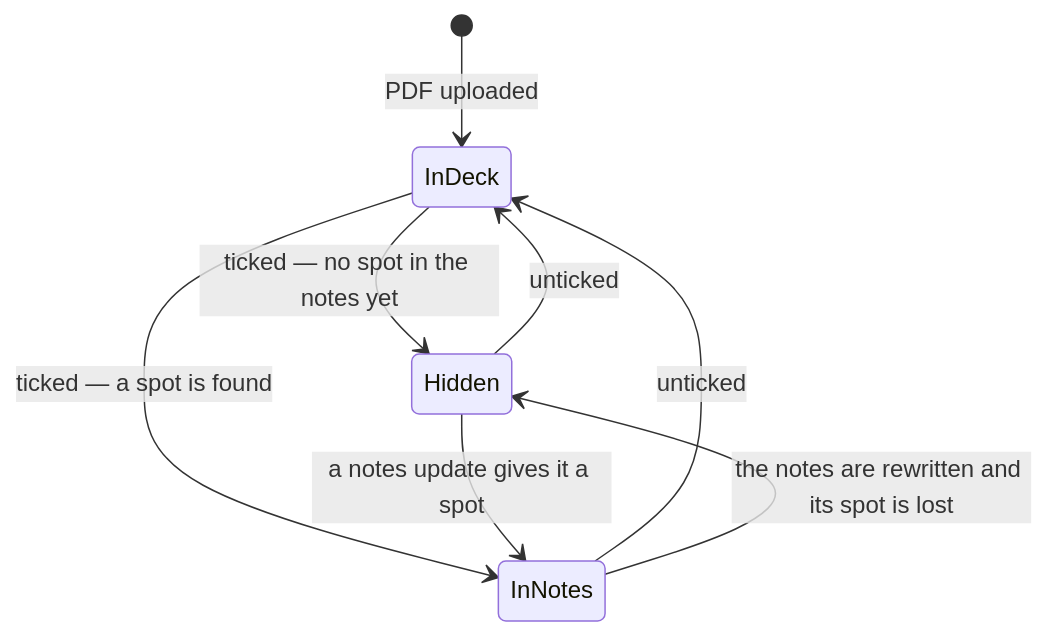
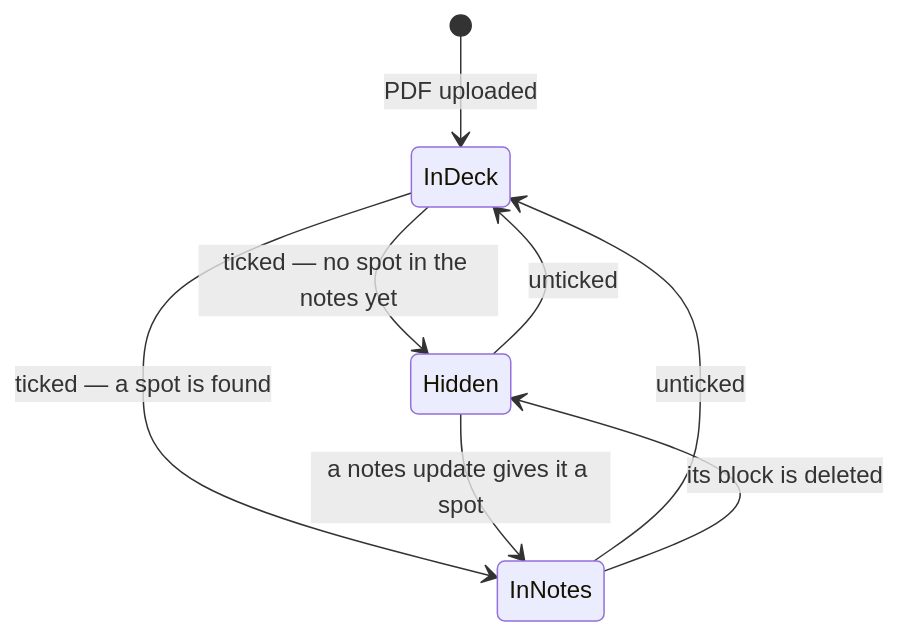
Before and after one commit to karlwehbe/Veda: the second of 3 diagrams in docs/slides/README.md, drawn with Mermaid. The commit also changed other lines of this file, not shown here.

Commit message:
Slides doc: slides now follow a notes block

````diff
--- a/docs/slides/README.md
+++ b/docs/slides/README.md
@@ -63,10 +63,10 @@
 ```mermaid
 stateDiagram-v2
   [*] --> InDeck: PDF uploaded
   InDeck --> Hidden: ticked — no spot in the notes yet
   InDeck --> InNotes: ticked — a spot is found
   Hidden --> InNotes: a notes update gives it a spot
   InNotes --> InDeck: unticked
   Hidden --> InDeck: unticked
-  InNotes --> Hidden: the notes are rewritten and its spot is lost
+  InNotes --> Hidden: its block is deleted
 ```
````
